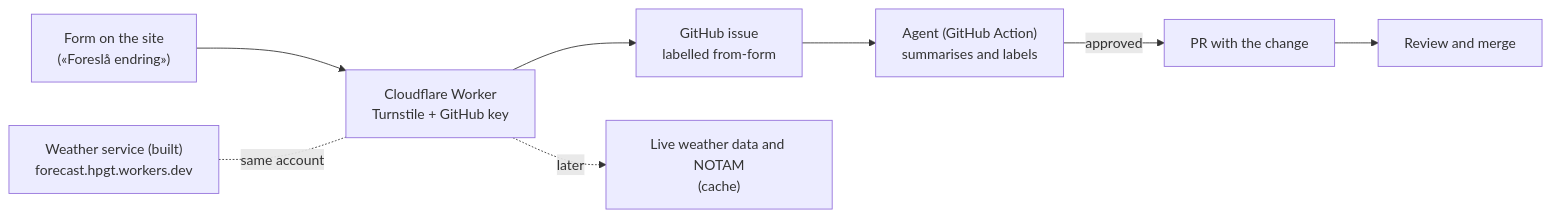
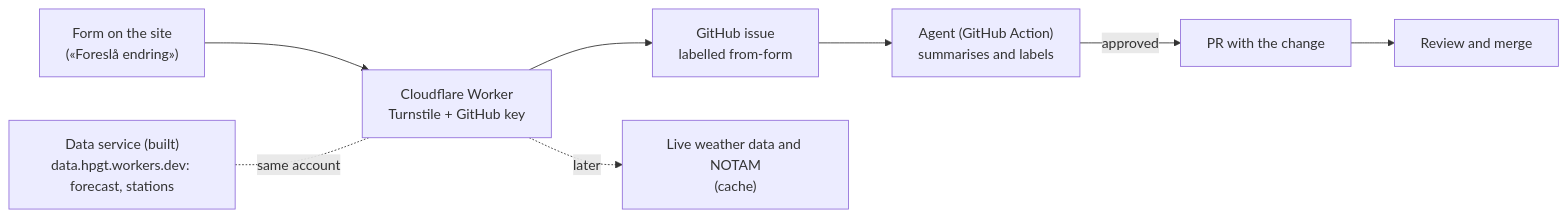
The sixth of 6 diagrams in docs/architecture.md (hpgt-com/flying-sites), drawn with Mermaid before and after one commit. The commit also changed other lines of this file and 28 other files, not shown here.

````diff
--- a/docs/architecture.md
+++ b/docs/architecture.md
@@ -278,10 +285,10 @@
 ```mermaid
 flowchart LR
   form["Form on the site<br/>(«Foreslå endring»)"] --> worker["Cloudflare Worker<br/>Turnstile + GitHub key"]
   worker --> issue["GitHub issue<br/>labelled from-form"]
   issue --> agent["Agent (GitHub Action)<br/>summarises and labels"]
   agent -- "approved" --> pr["PR with the change"]
   pr --> review["Review and merge"]
   worker -. "later" .-> live["Live weather data and NOTAM<br/>(cache)"]
-  forecast["Weather service (built)<br/>forecast.hpgt.workers.dev"] -. "same account" .- worker
+  data["Data service (built)<br/>data.hpgt.workers.dev: forecast, stations"] -. "same account" .- worker
 ```
````
